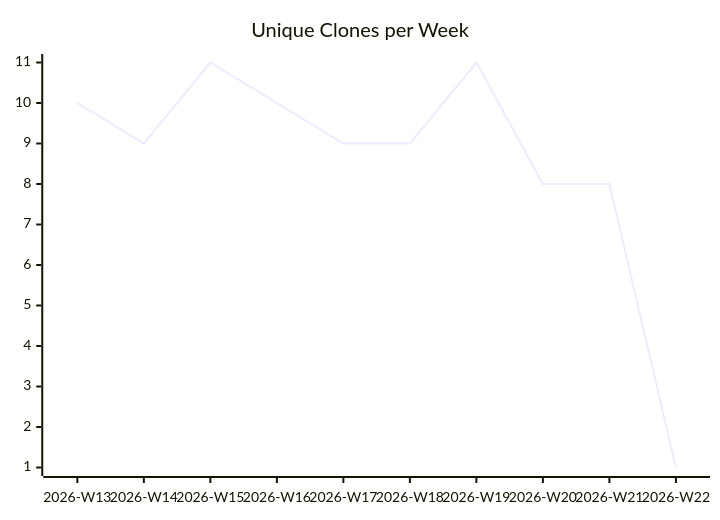
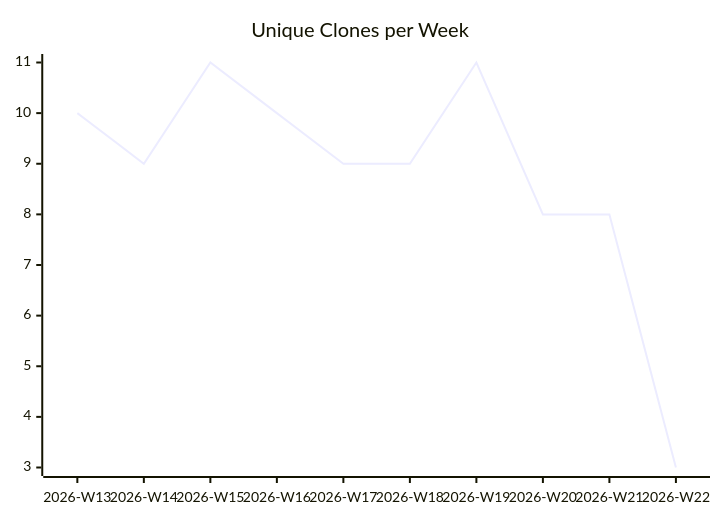
Before and after one commit to justdavis-family/github-analytics-data: the third of 3 diagrams in karlmdavis/usgs-water-api-java/README.md, drawn with Mermaid. The commit also changed other lines of this file and 190 other files, not shown here.

````diff
--- a/karlmdavis/usgs-water-api-java/README.md
+++ b/karlmdavis/usgs-water-api-java/README.md
@@ -19,6 +19,6 @@
 ```mermaid
 xychart-beta
   title "Unique Clones per Week"
   x-axis ["2026-W13", "2026-W14", "2026-W15", "2026-W16", "2026-W17", "2026-W18", "2026-W19", "2026-W20", "2026-W21", "2026-W22"]
-  line [10, 9, 11, 10, 9, 9, 11, 8, 8, 1]
+  line [10, 9, 11, 10, 9, 9, 11, 8, 8, 3]
 ```
````
